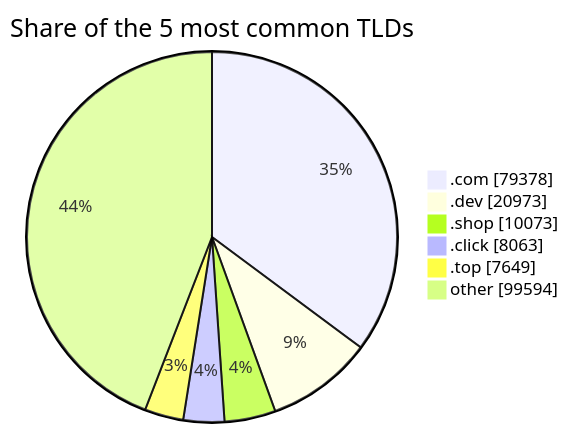
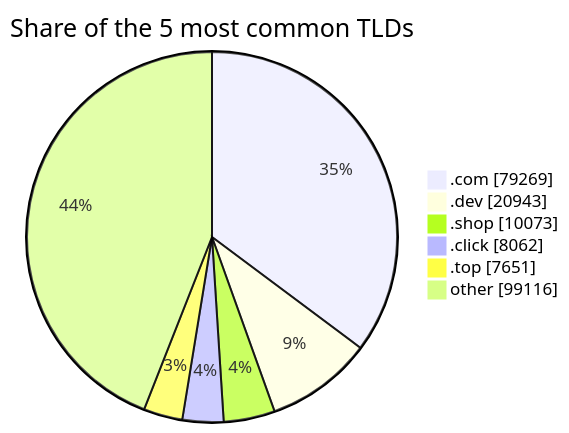
One commit to DNSBunker/CTI changed the third of 3 diagrams in README.md. Above: the diagram before and after it, drawn with Mermaid. The commit also changed other lines of this file and 3 other files, not shown here.

````diff
--- a/README.md
+++ b/README.md
@@ -81,9 +81,9 @@
 ```mermaid
 pie showData title Share of the 5 most common TLDs
-    ".com" : 79378
-    ".dev" : 20973
+    ".com" : 79269
+    ".dev" : 20943
     ".shop" : 10073
-    ".click" : 8063
-    ".top" : 7649
-    "other" : 99594
+    ".click" : 8062
+    ".top" : 7651
+    "other" : 99116
 ```
````
